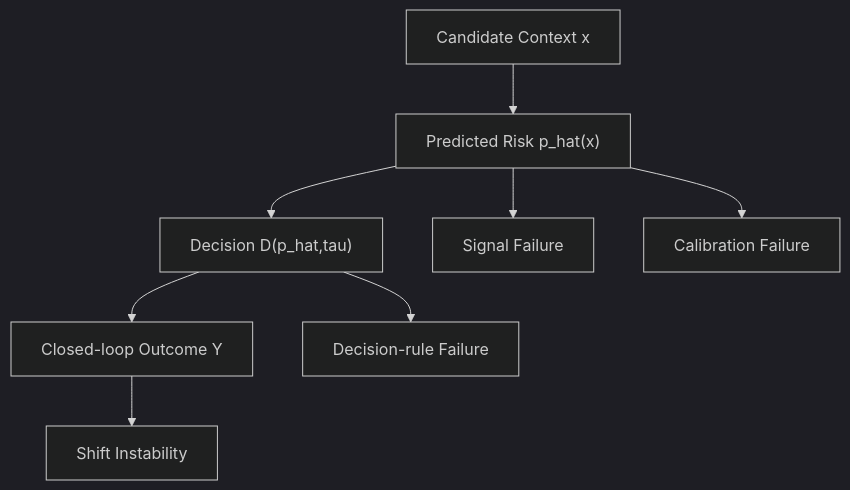
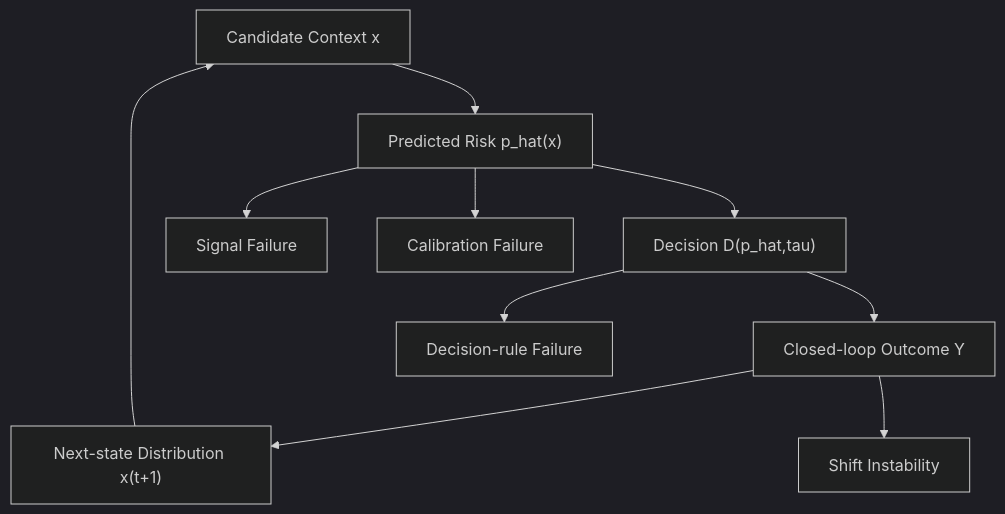
The diagram in experiments/risk-uq-suite/lit_survey.md (achyutmorang/thesis-research-colab), drawn with Mermaid (dark theme) before and after one commit. The commit also changed other lines of this file, not shown here.

````diff
--- a/experiments/risk-uq-suite/lit_survey.md
+++ b/experiments/risk-uq-suite/lit_survey.md
@@ -355,11 +362,13 @@
 ```mermaid
 flowchart TD
     A["Candidate Context x"] --> B["Predicted Risk p_hat(x)"]
     B --> C["Decision D(p_hat,tau)"]
     C --> D["Closed-loop Outcome Y"]
+    D --> I["Next-state Distribution x(t+1)"]
+    I --> A
 
     B --> E["Signal Failure"]
     B --> F["Calibration Failure"]
     C --> G["Decision-rule Failure"]
     D --> H["Shift Instability"]
 ```
````
